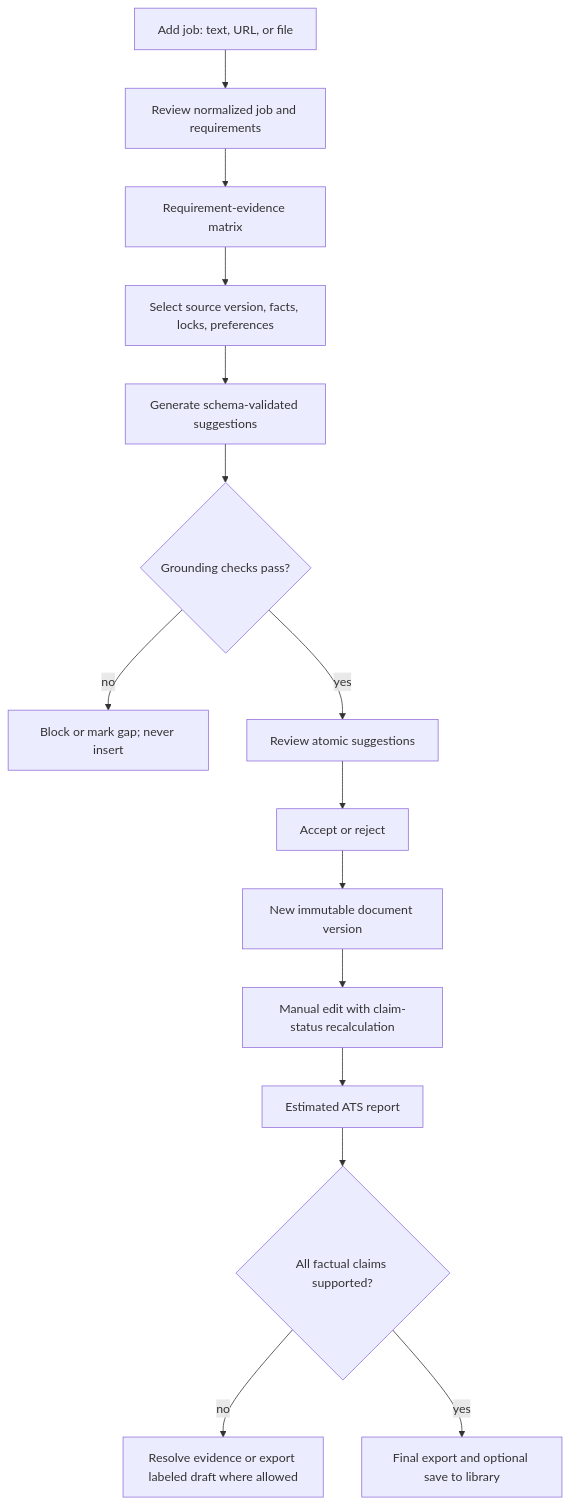
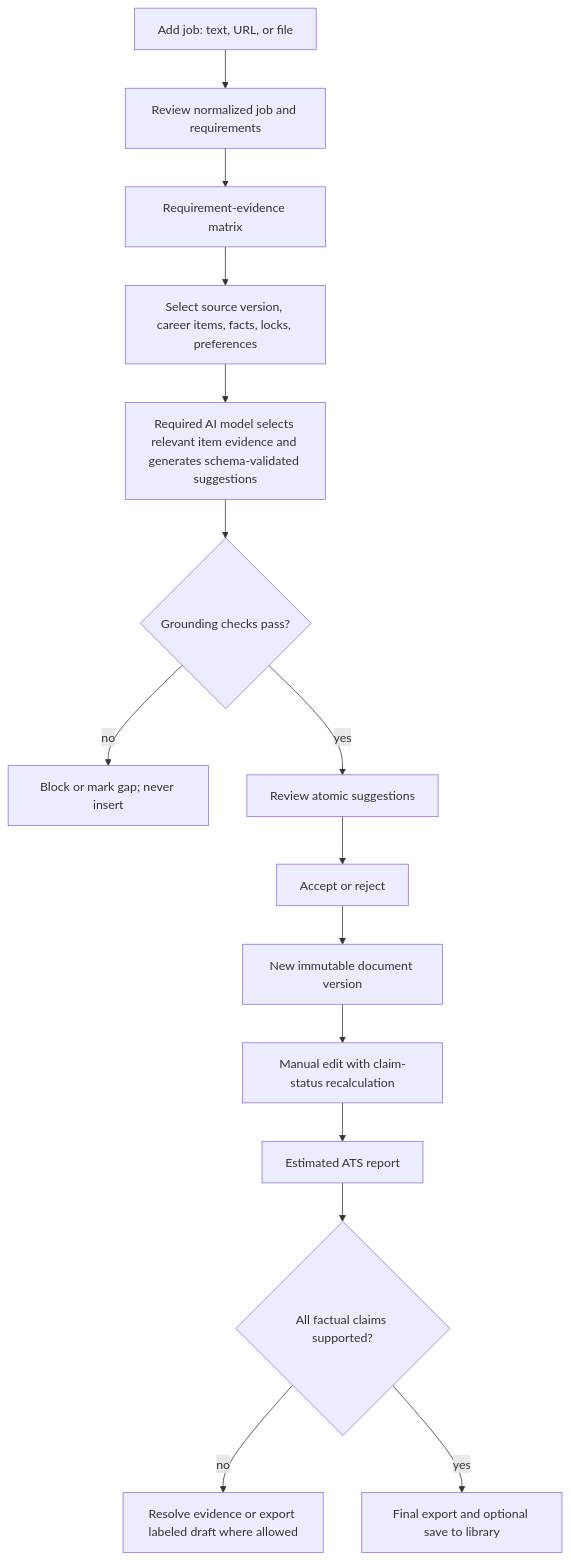
Before and after one commit to Kasu724/vitae-stack: the second of 2 diagrams in docs/product/USER_FLOWS.md, drawn with Mermaid. The commit also changed other lines of this file and 14 other files, not shown here.

````diff
--- a/docs/product/USER_FLOWS.md
+++ b/docs/product/USER_FLOWS.md
@@ -20,17 +21,17 @@
 ```mermaid
 flowchart TD
   J[Add job: text, URL, or file] --> K[Review normalized job and requirements]
   K --> L[Requirement-evidence matrix]
-  L --> M[Select source version, facts, locks, preferences]
-  M --> N[Generate schema-validated suggestions]
+  L --> M[Select source version, career items, facts, locks, preferences]
+  M --> N[Required AI model selects relevant item evidence and generates schema-validated suggestions]
   N --> O{Grounding checks pass?}
   O -->|no| P[Block or mark gap; never insert]
   O -->|yes| Q[Review atomic suggestions]
   Q --> R[Accept or reject]
   R --> S[New immutable document version]
   S --> T[Manual edit with claim-status recalculation]
   T --> U[Estimated ATS report]
   U --> V{All factual claims supported?}
   V -->|no| W[Resolve evidence or export labeled draft where allowed]
   V -->|yes| X[Final export and optional save to library]
 ```
````
